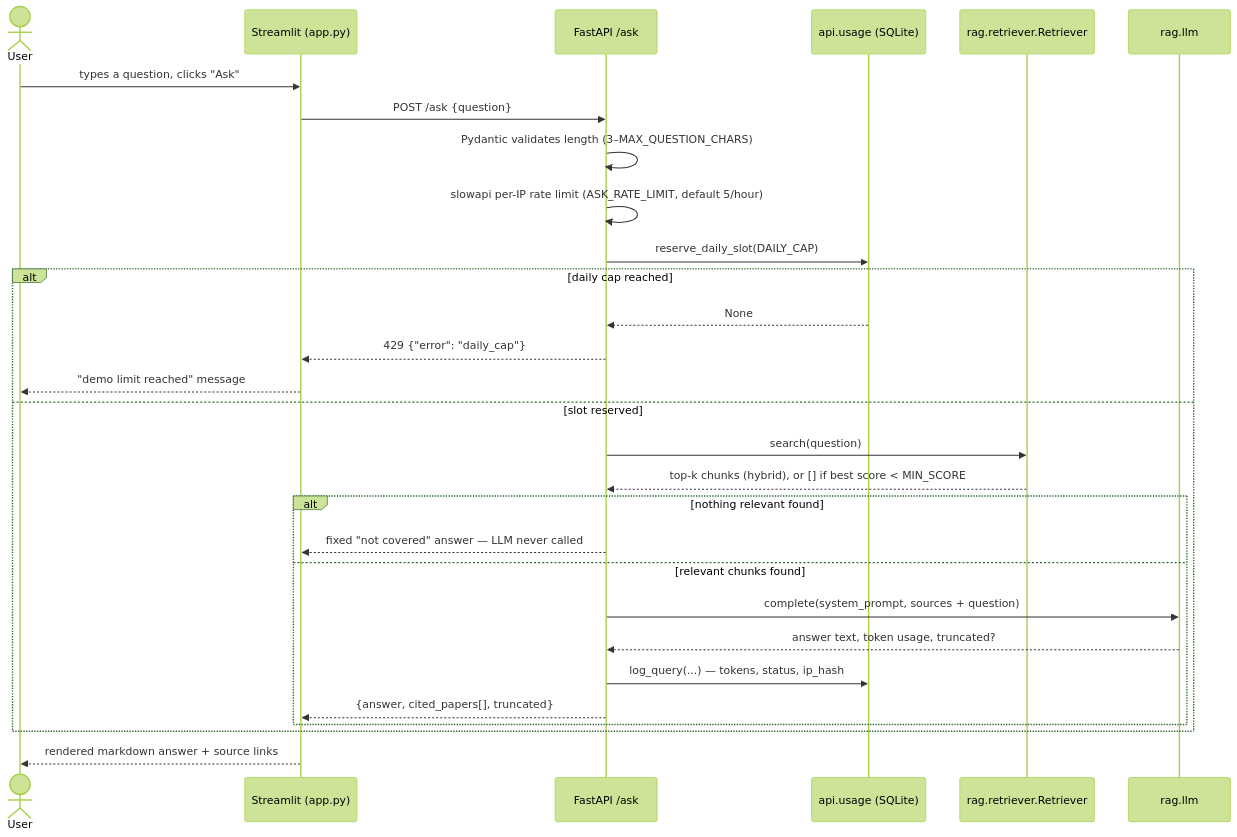
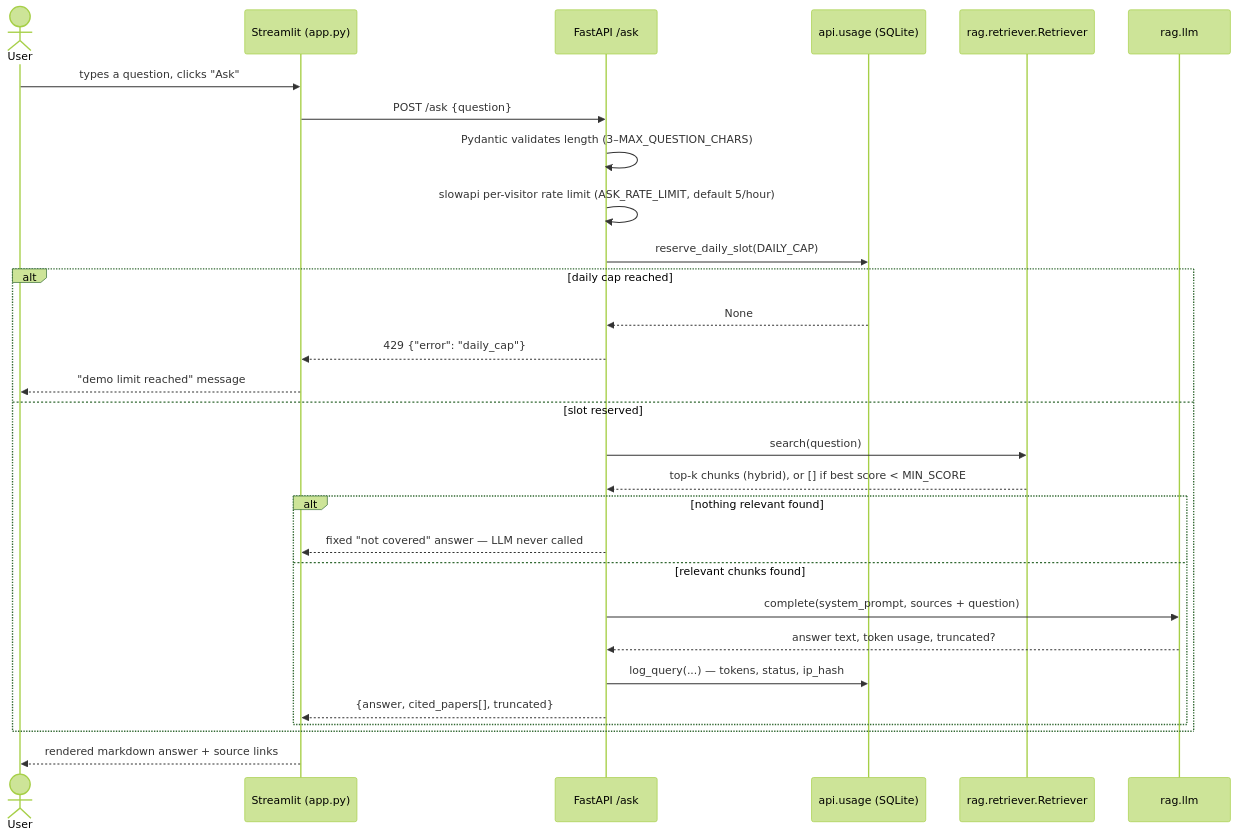
Before and after one commit to anastber/arxiv-research-radar: the third of 4 diagrams in README.md, drawn with Mermaid (forest theme). The commit also changed other lines of this file and 14 other files, not shown here.

````diff
--- a/README.md
+++ b/README.md
@@ -158,32 +157,32 @@
 ```mermaid
 sequenceDiagram
     actor User
     participant UI as Streamlit (app.py)
     participant API as FastAPI /ask
     participant Usage as api.usage (SQLite)
     participant Ret as rag.retriever.Retriever
     participant LLM as rag.llm
 
     User->>UI: types a question, clicks "Ask"
     UI->>API: POST /ask {question}
     API->>API: Pydantic validates length (3–MAX_QUESTION_CHARS)
-    API->>API: slowapi per-IP rate limit (ASK_RATE_LIMIT, default 5/hour)
+    API->>API: slowapi per-visitor rate limit (ASK_RATE_LIMIT, default 5/hour)
     API->>Usage: reserve_daily_slot(DAILY_CAP)
     alt daily cap reached
         Usage-->>API: None
         API-->>UI: 429 {"error": "daily_cap"}
         UI-->>User: "demo limit reached" message
     else slot reserved
         API->>Ret: search(question)
         Ret-->>API: top-k chunks (hybrid), or [] if best score < MIN_SCORE
         alt nothing relevant found
             API-->>UI: fixed "not covered" answer — LLM never called
         else relevant chunks found
             API->>LLM: complete(system_prompt, sources + question)
             LLM-->>API: answer text, token usage, truncated?
             API->>Usage: log_query(...) — tokens, status, ip_hash
             API-->>UI: {answer, cited_papers[], truncated}
         end
     end
     UI-->>User: rendered markdown answer + source links
 ```
````
